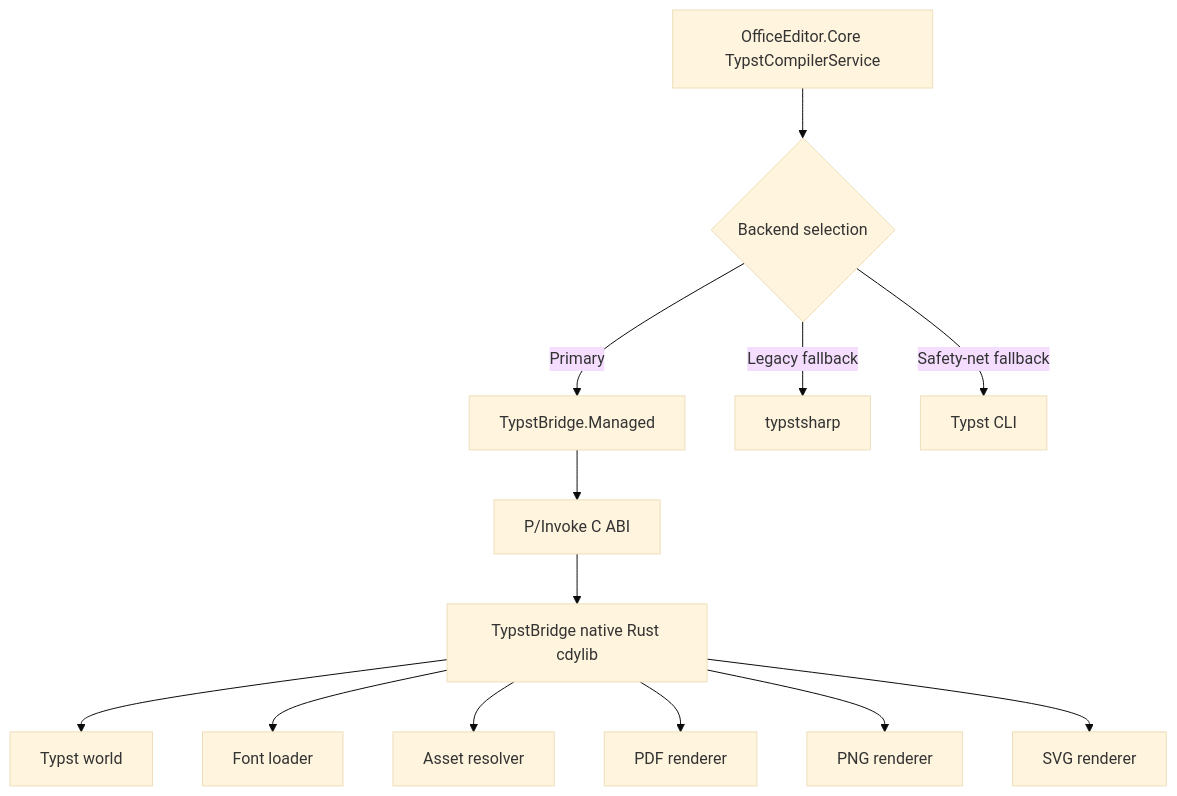
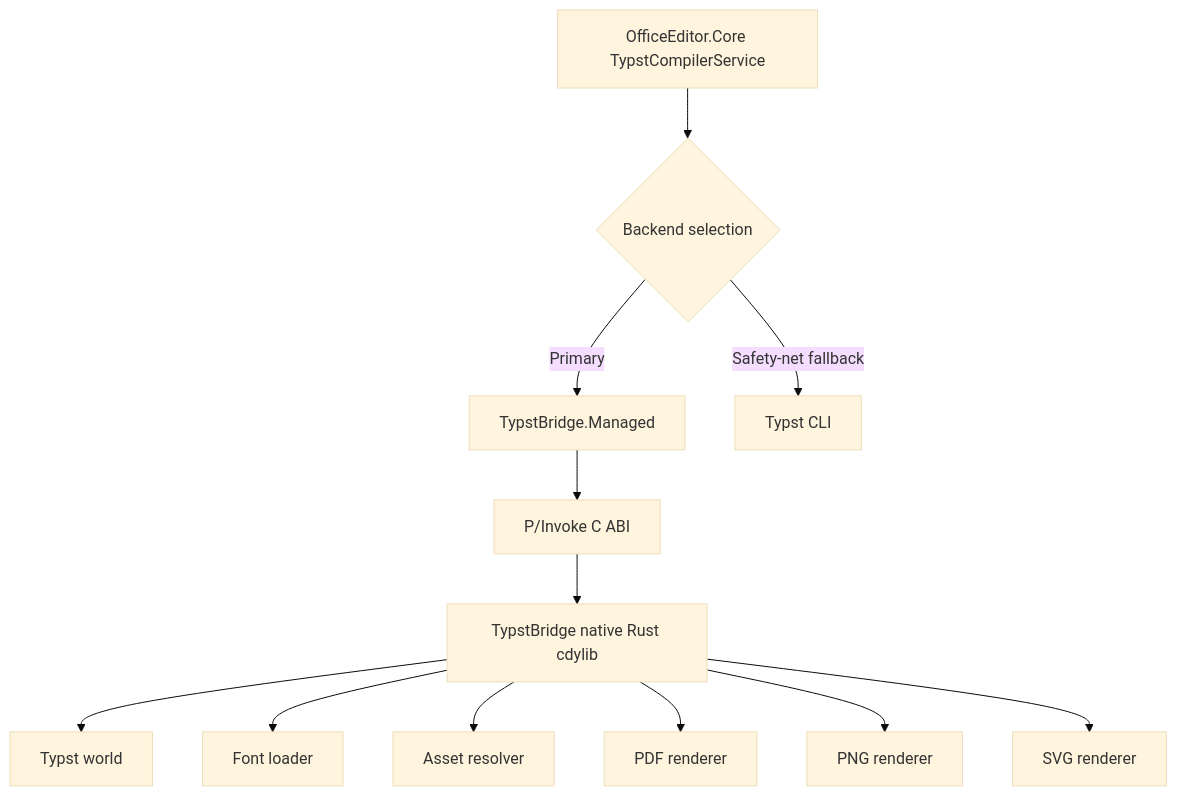
Before and after one commit to MaximeLeBesnerais/OfficeEditor: the diagram in TypstBridge/docs/implementation-plan.md, drawn with Mermaid (base theme). The commit also changed other lines of this file and 15 other files, not shown here.

First line of the commit message:
refactor: remove legacy typstsharp PDF fallback

````diff
--- a/TypstBridge/docs/implementation-plan.md
+++ b/TypstBridge/docs/implementation-plan.md
@@ -63,15 +61,14 @@
 ```mermaid
 flowchart TD
     A[OfficeEditor.Core TypstCompilerService] --> B{Backend selection}
     B -->|Primary| C[TypstBridge.Managed]
-    B -->|Legacy fallback| D[typstsharp]
     B -->|Safety-net fallback| E[Typst CLI]
     C --> F[P/Invoke C ABI]
     F --> G[TypstBridge native Rust cdylib]
     G --> H[Typst world]
     G --> I[Font loader]
     G --> J[Asset resolver]
     G --> K[PDF renderer]
     G --> L[PNG renderer]
     G --> M[SVG renderer]
 ```
````
